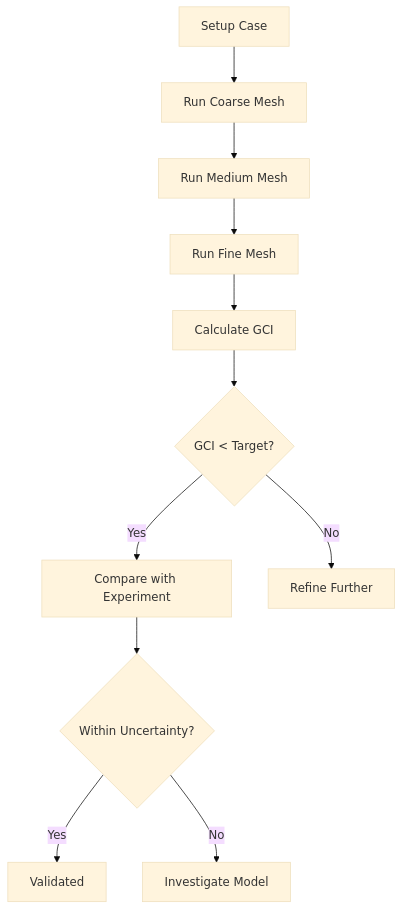
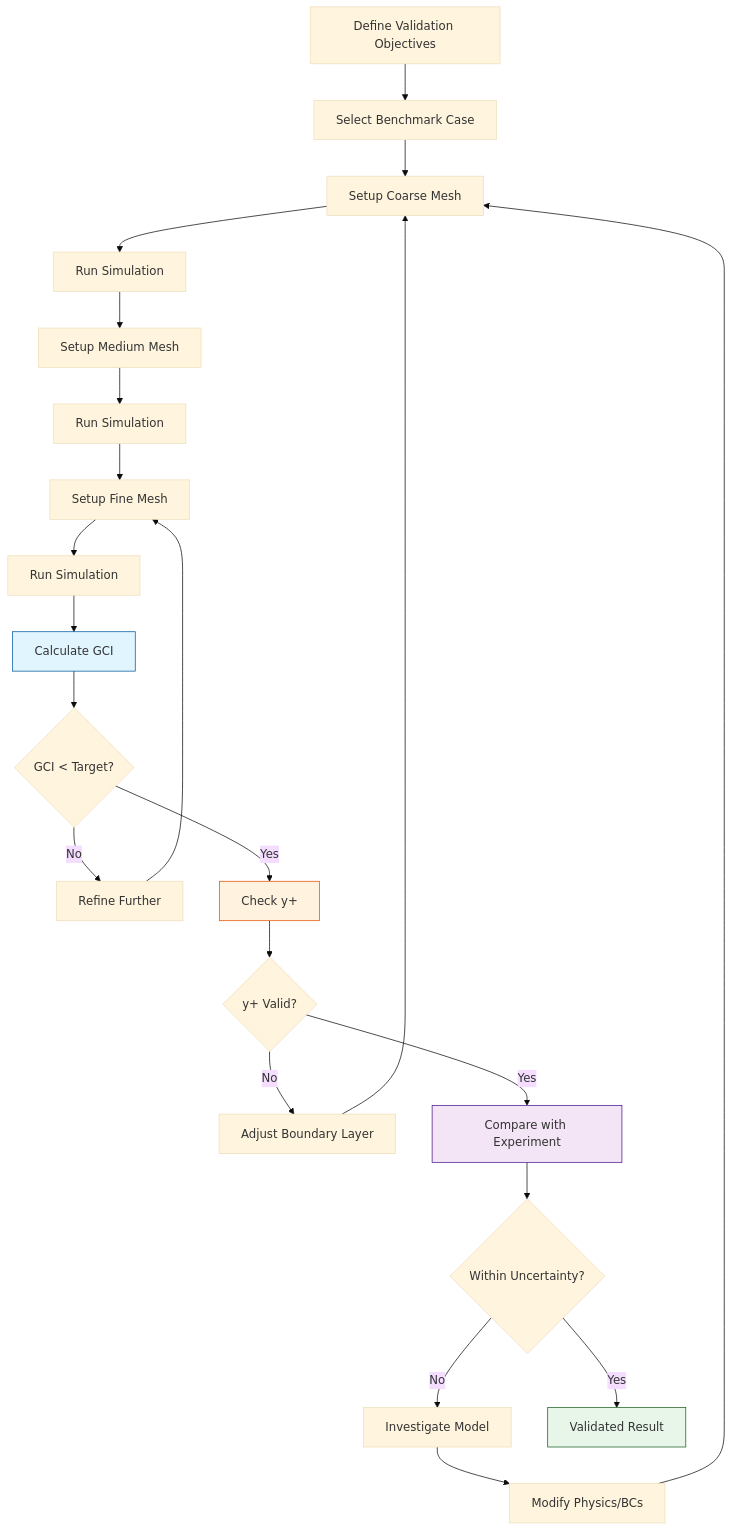
Before and after one commit to wramet/build-my-cfd: the third of 3 diagrams in MODULE_03_SINGLE_PHASE_FLOW/CONTENT/06_VALIDATION_AND_VERIFICATION/00_Overview.md, drawn with Mermaid (base theme). The commit also changed other lines of this file and 54 other files, not shown here.

````diff
--- a/MODULE_03_SINGLE_PHASE_FLOW/CONTENT/06_VALIDATION_AND_VERIFICATION/00_Overview.md
+++ b/MODULE_03_SINGLE_PHASE_FLOW/CONTENT/06_VALIDATION_AND_VERIFICATION/00_Overview.md
@@ -136,13 +265,29 @@
 ```mermaid
 flowchart TD
-    A[Setup Case] --> B[Run Coarse Mesh]
-    B --> C[Run Medium Mesh]
-    C --> D[Run Fine Mesh]
-    D --> E[Calculate GCI]
-    E --> F{GCI < Target?}
-    F -->|Yes| G[Compare with Experiment]
-    F -->|No| H[Refine Further]
-    G --> I{Within Uncertainty?}
-    I -->|Yes| J[Validated]
-    I -->|No| K[Investigate Model]
+    A[Define Validation Objectives] --> B[Select Benchmark Case]
+    B --> C[Setup Coarse Mesh]
+    C --> D[Run Simulation]
+    D --> E[Setup Medium Mesh]
+    E --> F[Run Simulation]
+    F --> G[Setup Fine Mesh]
+    G --> H[Run Simulation]
+    H --> I[Calculate GCI]
+    I --> J{GCI < Target?}
+    J -->|No| K[Refine Further]
+    K --> G
+    J -->|Yes| L[Check y+]
+    L --> M{y+ Valid?}
+    M -->|No| N[Adjust Boundary Layer]
+    N --> C
+    M -->|Yes| O[Compare with Experiment]
+    O --> P{Within Uncertainty?}
+    P -->|No| Q[Investigate Model]
+    Q --> R[Modify Physics/BCs]
+    R --> C
+    P -->|Yes| S[Validated Result]
+    
+    style I fill:#e1f5ff,stroke:#01579b
+    style L fill:#fff3e0,stroke:#e65100
+    style O fill:#f3e5f5,stroke:#4a148c
+    style S fill:#e8f5e9,stroke:#1b5e20
 ```
````
